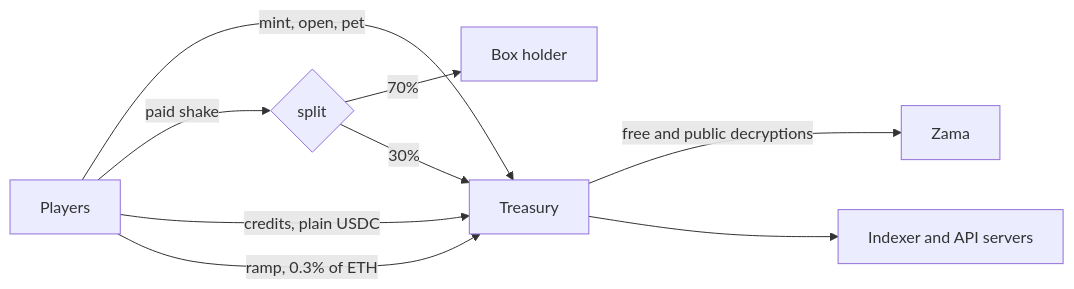
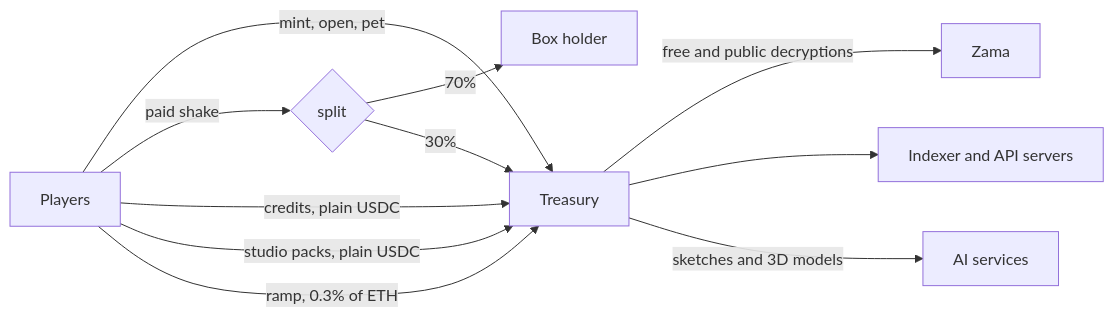
Before and after one commit to jecombe/do_not_open: diagram 20 of 27 in docs/FLOWS.md, drawn with Mermaid. The commit also changed other lines of this file and 88 other files, not shown here.

Commit message:
Open the studio: a free random cat, and cats drawn by AI from a prompt out of USDC packs, with StudioPacks live on Sepolia

````diff
--- a/docs/FLOWS.md
+++ b/docs/FLOWS.md
@@ -626,11 +676,13 @@
 ```mermaid
 flowchart LR
   P[Players] -- "mint, open, pet" --> T[Treasury]
   P -- "paid shake" --> S{split}
   S -- 70% --> H[Box holder]
   S -- 30% --> T
   P -- "credits, plain USDC" --> T
+  P -- "studio packs, plain USDC" --> T
   P -- "ramp, 0.3% of ETH" --> T
   T -- "free and public decryptions" --> Z[Zama]
   T --> I[Indexer and API servers]
+  T -- "sketches and 3D models" --> AI[AI services]
 ```
````
